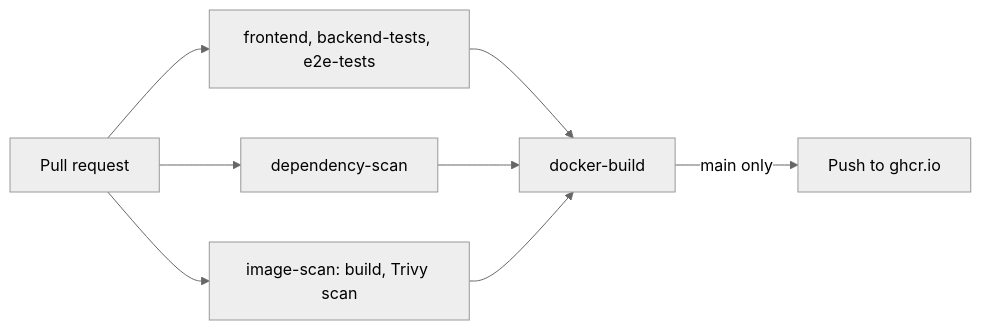
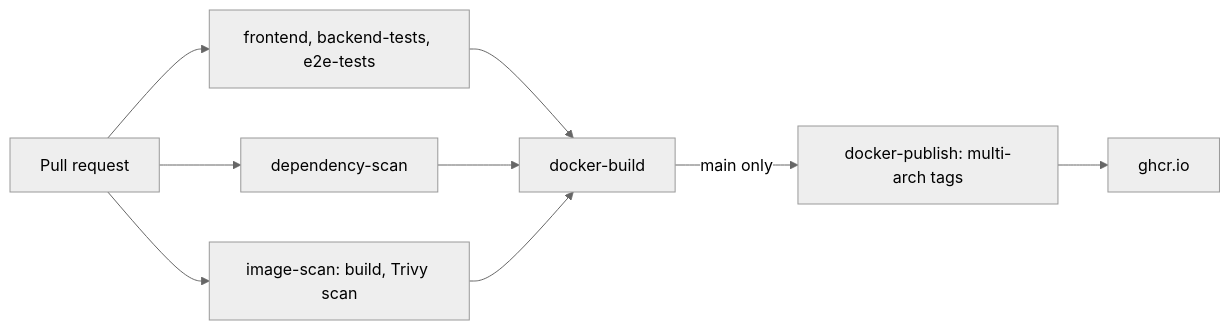
Before and after one commit to ballardr/reqtrackmanager: the second of 2 diagrams in docs/soc2/policies/change-management-and-secure-development-policy.md, drawn with Mermaid (neutral theme). The commit also changed other lines of this file and 204 other files, not shown here.

````diff
--- a/docs/soc2/policies/change-management-and-secure-development-policy.md
+++ b/docs/soc2/policies/change-management-and-secure-development-policy.md
@@ -62,10 +62,11 @@
 ```mermaid
 flowchart LR
     PR[Pull request] --> T[frontend, backend-tests, e2e-tests]
     PR --> D[dependency-scan]
     PR --> I[image-scan: build, Trivy scan]
     T --> B[docker-build]
     D --> B
     I --> B
-    B -->|main only| P[Push to ghcr.io]
+    B -->|main only| M[docker-publish: multi-arch tags]
+    M --> P[ghcr.io]
 ```
````
